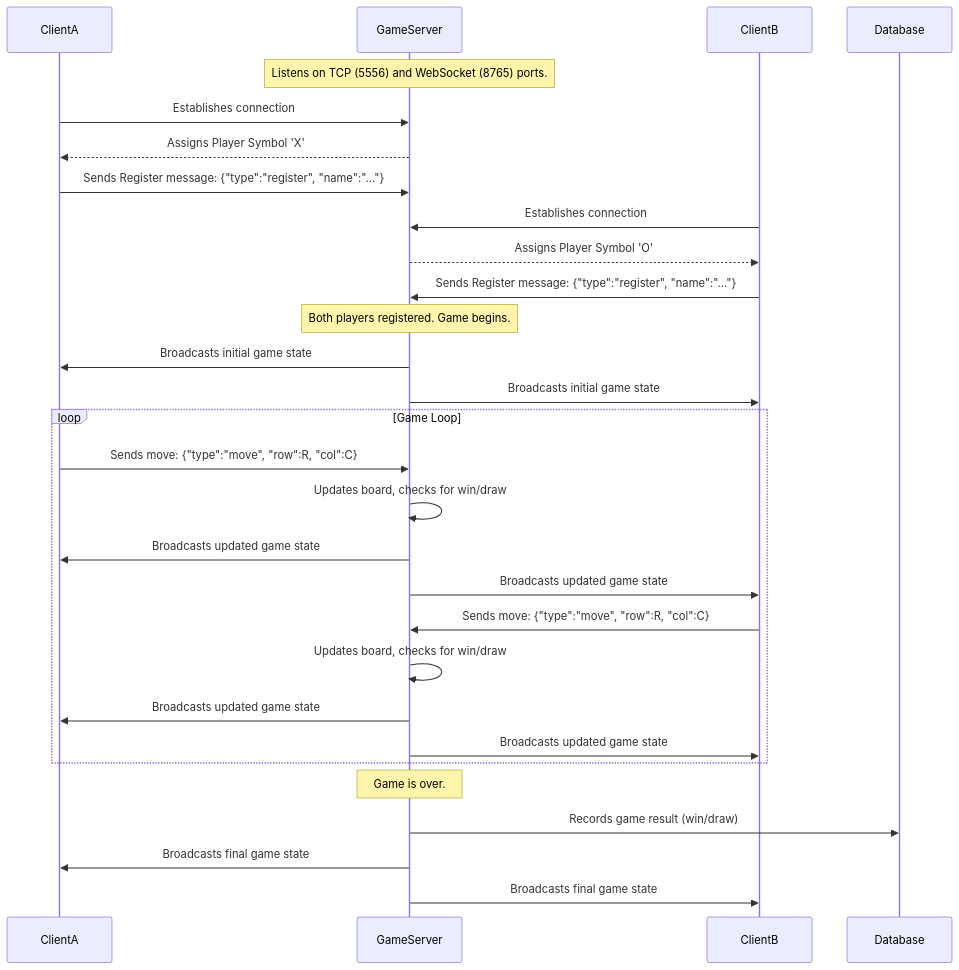
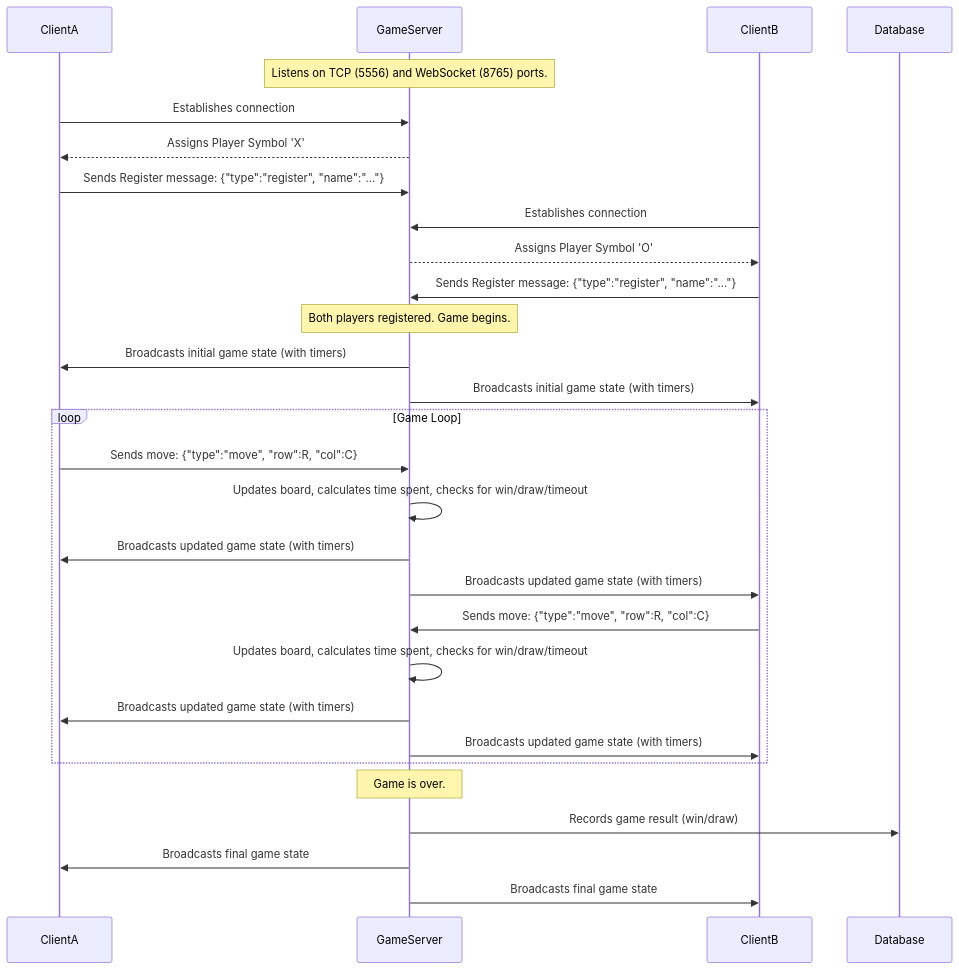
Before and after one commit to paragpachpute/multiplayer-tic-tac-to: the first of 3 diagrams in docs/sequence_diagram.md, drawn with Mermaid. The commit also changed 3 other files, not shown here.

Commit message:
docs: Update diagrams for game timer and remove design doc

````diff
--- a/docs/sequence_diagram.md
+++ b/docs/sequence_diagram.md
@@ -3,38 +3,38 @@
 ```mermaid
 sequenceDiagram
     participant ClientA
     participant GameServer
     participant ClientB
     participant Database
 
     Note over GameServer: Listens on TCP (5556) and WebSocket (8765) ports.
 
     ClientA->>GameServer: Establishes connection
     GameServer-->>ClientA: Assigns Player Symbol 'X'
     ClientA->>GameServer: Sends Register message: {"type":"register", "name":"..."}
 
     ClientB->>GameServer: Establishes connection
     GameServer-->>ClientB: Assigns Player Symbol 'O'
     ClientB->>GameServer: Sends Register message: {"type":"register", "name":"..."}
 
     Note over GameServer: Both players registered. Game begins.
-    GameServer->>ClientA: Broadcasts initial game state
-    GameServer->>ClientB: Broadcasts initial game state
+    GameServer->>ClientA: Broadcasts initial game state (with timers)
+    GameServer->>ClientB: Broadcasts initial game state (with timers)
 
     loop Game Loop
         ClientA->>GameServer: Sends move: {"type":"move", "row":R, "col":C}
-        GameServer->>GameServer: Updates board, checks for win/draw
-        GameServer->>ClientA: Broadcasts updated game state
-        GameServer->>ClientB: Broadcasts updated game state
+        GameServer->>GameServer: Updates board, calculates time spent, checks for win/draw/timeout
+        GameServer->>ClientA: Broadcasts updated game state (with timers)
+        GameServer->>ClientB: Broadcasts updated game state (with timers)
         
         ClientB->>GameServer: Sends move: {"type":"move", "row":R, "col":C}
-        GameServer->>GameServer: Updates board, checks for win/draw
-        GameServer->>ClientA: Broadcasts updated game state
-        GameServer->>ClientB: Broadcasts updated game state
+        GameServer->>GameServer: Updates board, calculates time spent, checks for win/draw/timeout
+        GameServer->>ClientA: Broadcasts updated game state (with timers)
+        GameServer->>ClientB: Broadcasts updated game state (with timers)
     end
 
     Note over GameServer: Game is over.
     GameServer->>Database: Records game result (win/draw)
     GameServer->>ClientA: Broadcasts final game state
     GameServer->>ClientB: Broadcasts final game state
 ```
````
